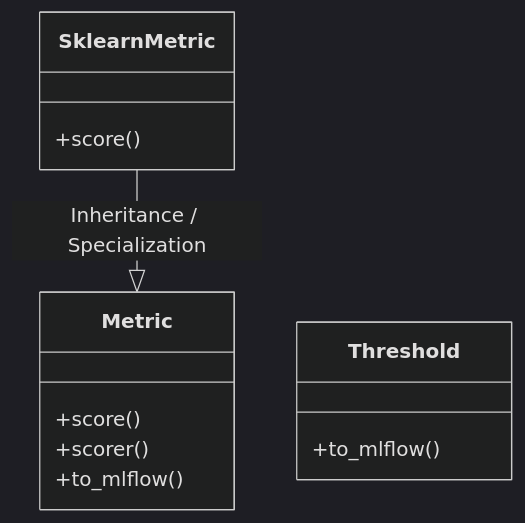
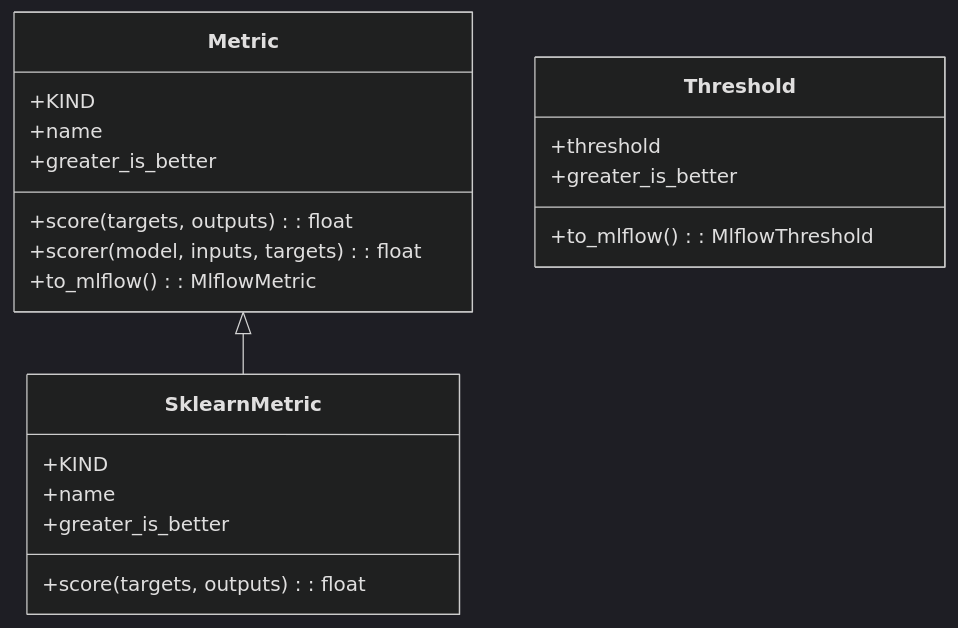
The first of 4 diagrams in openwiki/src/regression_model_template/core/metrics.md (lgcorzo/mlops-python-package), drawn with Mermaid (dark theme) before and after one commit. The commit also changed other lines of this file and 91 other files, not shown here.

````diff
--- a/openwiki/src/regression_model_template/core/metrics.md
+++ b/openwiki/src/regression_model_template/core/metrics.md
@@ -20,16 +21,23 @@
 ```mermaid
 classDiagram
-    direction BT
     class Metric {
-        +score()
-        +scorer()
-        +to_mlflow()
+        +KIND
+        +name
+        +greater_is_better
+        +score(targets, outputs) : float
+        +scorer(model, inputs, targets) : float
+        +to_mlflow() : MlflowMetric
     }
     class SklearnMetric {
-        +score()
+        +KIND
+        +name
+        +greater_is_better
+        +score(targets, outputs) : float
     }
-    Metric <|-- SklearnMetric : Inheritance / Specialization
+    Metric <|-- SklearnMetric
     class Threshold {
-        +to_mlflow()
+        +threshold
+        +greater_is_better
+        +to_mlflow() : MlflowThreshold
     }
 ```
````
